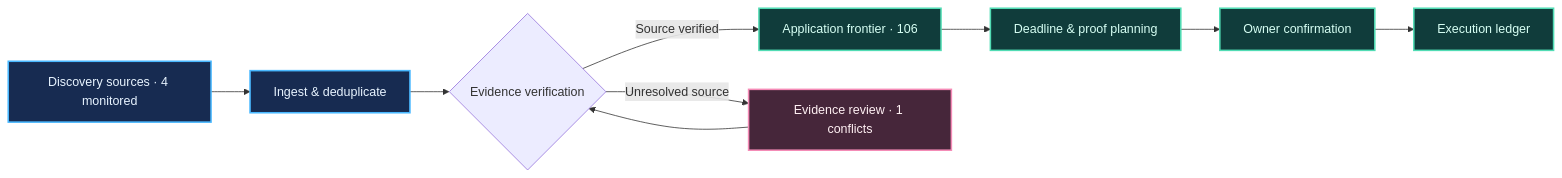
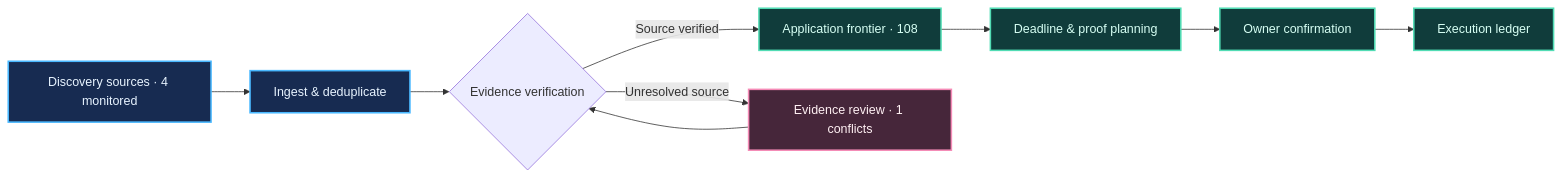
The diagram in docs/diagrams/pipeline.mmd (Armanasq/phd_tracker), drawn with Mermaid before and after one commit. The commit also changed 28 other files, not shown here.

```diff
--- a/docs/diagrams/pipeline.mmd
+++ b/docs/diagrams/pipeline.mmd
@@ -1,15 +1,15 @@
 flowchart LR
     A["Discovery sources · 4 monitored"] --> B["Ingest & deduplicate"]
     B --> C{"Evidence verification"}
-    C -->|"Source verified"| D["Application frontier · 106"]
+    C -->|"Source verified"| D["Application frontier · 108"]
     C -->|"Unresolved source"| E["Evidence review · 1 conflicts"]
     E --> C
     D --> F["Deadline & proof planning"]
     F --> G["Owner confirmation"]
     G --> H["Execution ledger"]
     classDef source fill:#172b51,color:#e8f4ff,stroke:#49b8ff,stroke-width:2px
     classDef verified fill:#103c3b,color:#d7fff4,stroke:#51dcb4,stroke-width:2px
     classDef attention fill:#46263a,color:#fff0f3,stroke:#f58bb7,stroke-width:2px
     class A,B source
     class D,F,G,H verified
     class E attention
```
